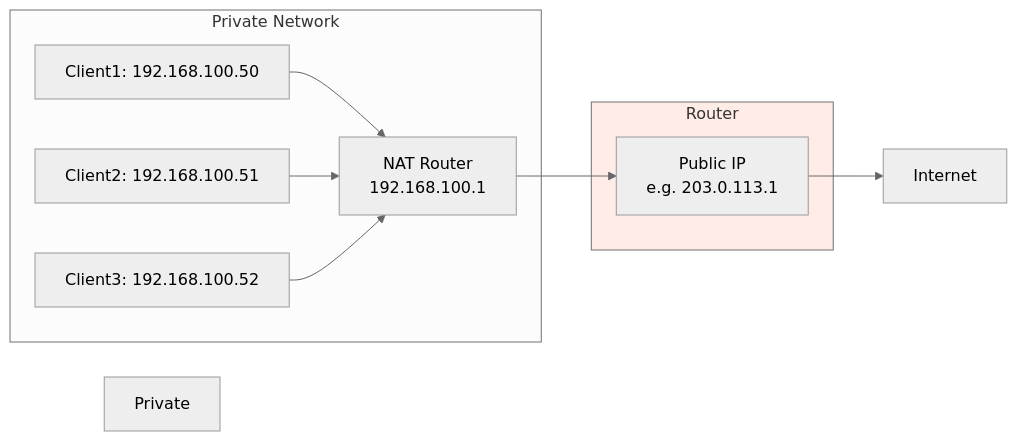
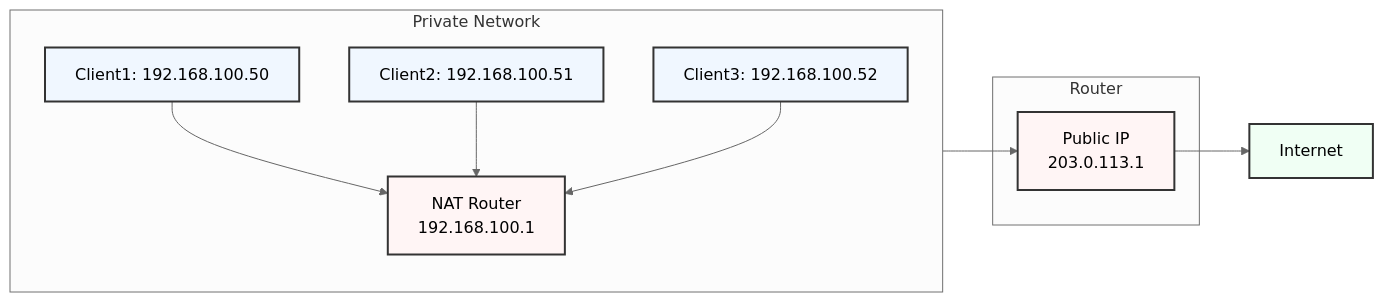
Before and after one commit to Haapsalu-Kutsehariduskeskus/av: the first of 2 diagrams in Labs/Lab_13_Linux_Router.md, drawn with Mermaid (neutral theme).

Commit message:
I should get a raise for this.

````diff
--- a/Labs/Lab_13_Linux_Router.md
+++ b/Labs/Lab_13_Linux_Router.md
@@ -43,17 +43,24 @@
 ```mermaid
 graph LR
     subgraph Private Network
-    C1[Client1: 192.168.100.50] --> R
-    C2[Client2: 192.168.100.51] --> R
-    C3[Client3: 192.168.100.52] --> R
+        direction TB
+        C1[Client1: 192.168.100.50] --> R
+        C2[Client2: 192.168.100.51] --> R
+        C3[Client3: 192.168.100.52] --> R
+        R[NAT Router\n192.168.100.1]
     end
     
     subgraph Router
-    R[NAT Router\n192.168.100.1] --> P[Public IP\ne.g. 203.0.113.1]
+        R --> P[Public IP\n203.0.113.1]
     end
     
     P --> I[Internet]
     
-    style Private Network fill:#e6f3ff
-    style Router fill:#ffece6
+    classDef private fill:#f0f7ff,stroke:#333,stroke-width:2px;
+    classDef router fill:#fff5f5,stroke:#333,stroke-width:2px;
+    classDef public fill:#f0fff4,stroke:#333,stroke-width:2px;
+    
+    class C1,C2,C3 private;
+    class R,P router;
+    class I public;
 ```
````
